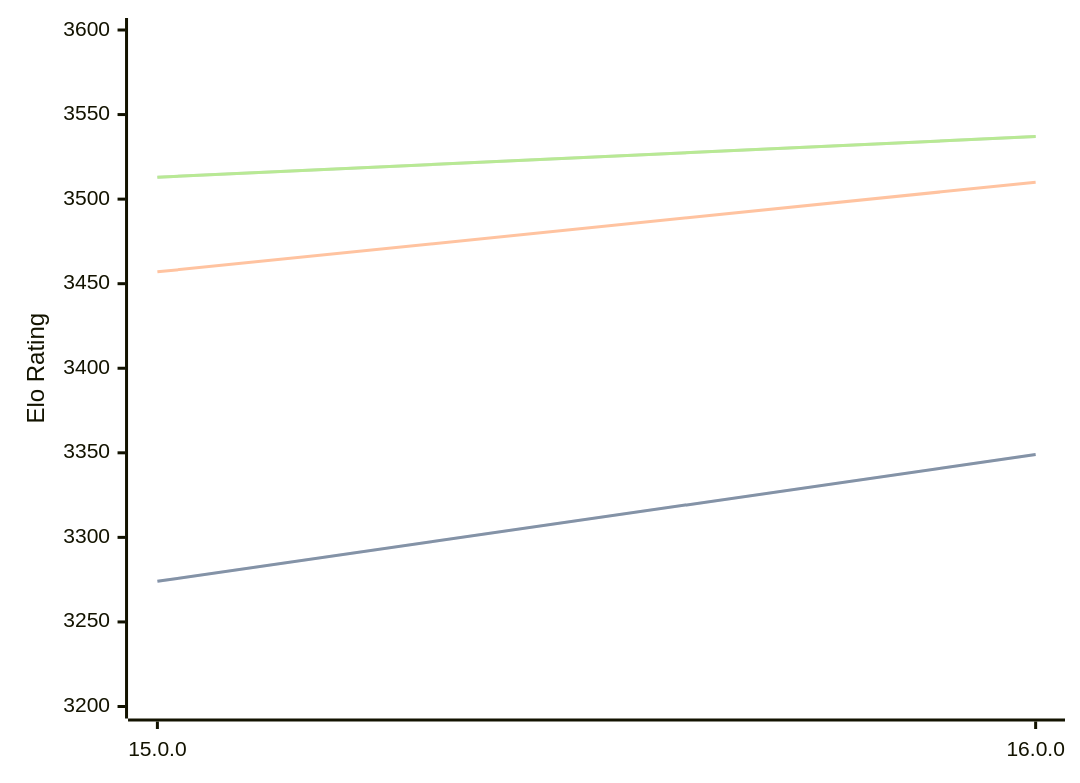
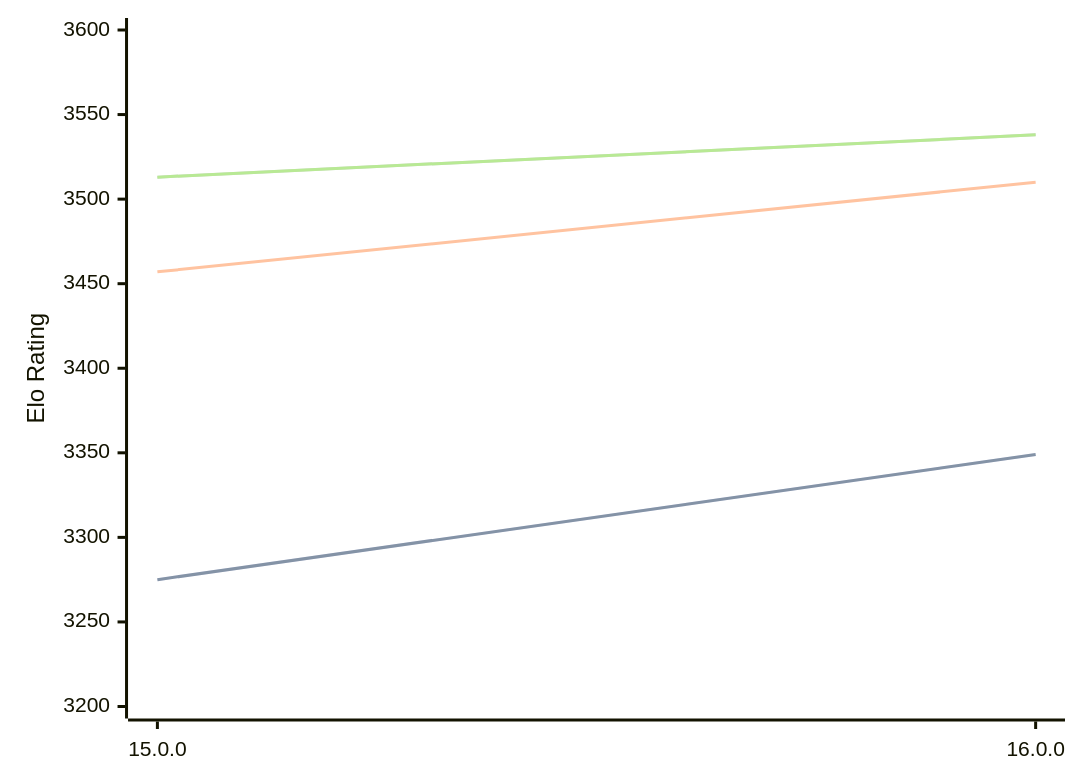
One commit to computer-chess-index/cci changed the diagram in engines/Halogen.md. Above: the diagram before and after it, drawn with Mermaid. The commit also changed other lines of this file, not shown here.

Commit message:
Update CCI Ratings (ELO VLTC) - 2026-05-22

````diff
--- a/engines/Halogen.md
+++ b/engines/Halogen.md
@@ -50,11 +50,11 @@
 ```mermaid
 %%{init: {"theme":"base","themeVariables":{"seriesColors:['#a3a3a3','#222221','#faa371']}}}%%
 xychart-beta
   x-axis ["15.0.0", "16.0.0"]
   y-axis "Elo Rating" 3200 --> 3600
-  line "STC (8.0+0.08s)" [3274, 3349]
-  line "STC (8.0+0.08s)" [3274, 3349]
+  line "STC (8.0+0.08s)" [3275, 3349]
+  line "STC (8.0+0.08s)" [3275, 3349]
   line "LTC (60.0+0.60s)" [3457, 3510]
-  line "VLTC (2m24s+1.12s)" [3513, 3537]
-  line "VLTC (2m24s+1.12s)" [3513, 3537]
+  line "VLTC (2m24s+1.12s)" [3513, 3538]
+  line "VLTC (2m24s+1.12s)" [3513, 3538]
 ```
````
